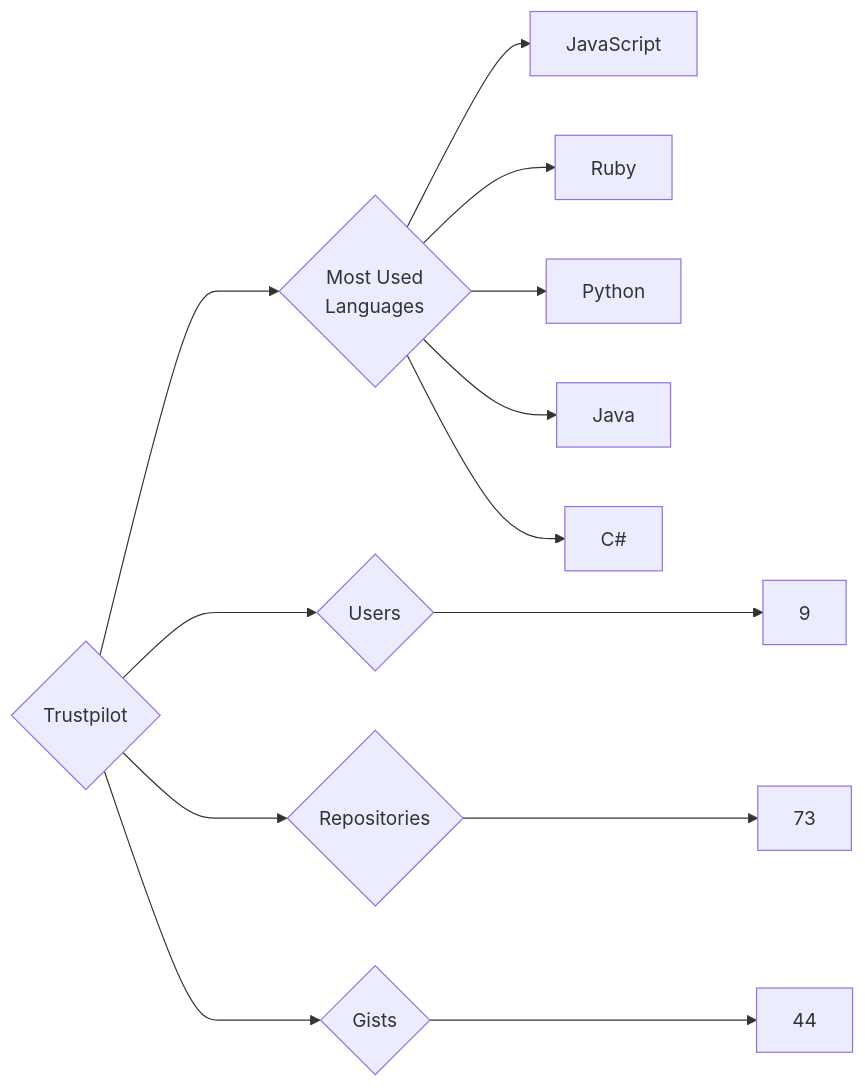
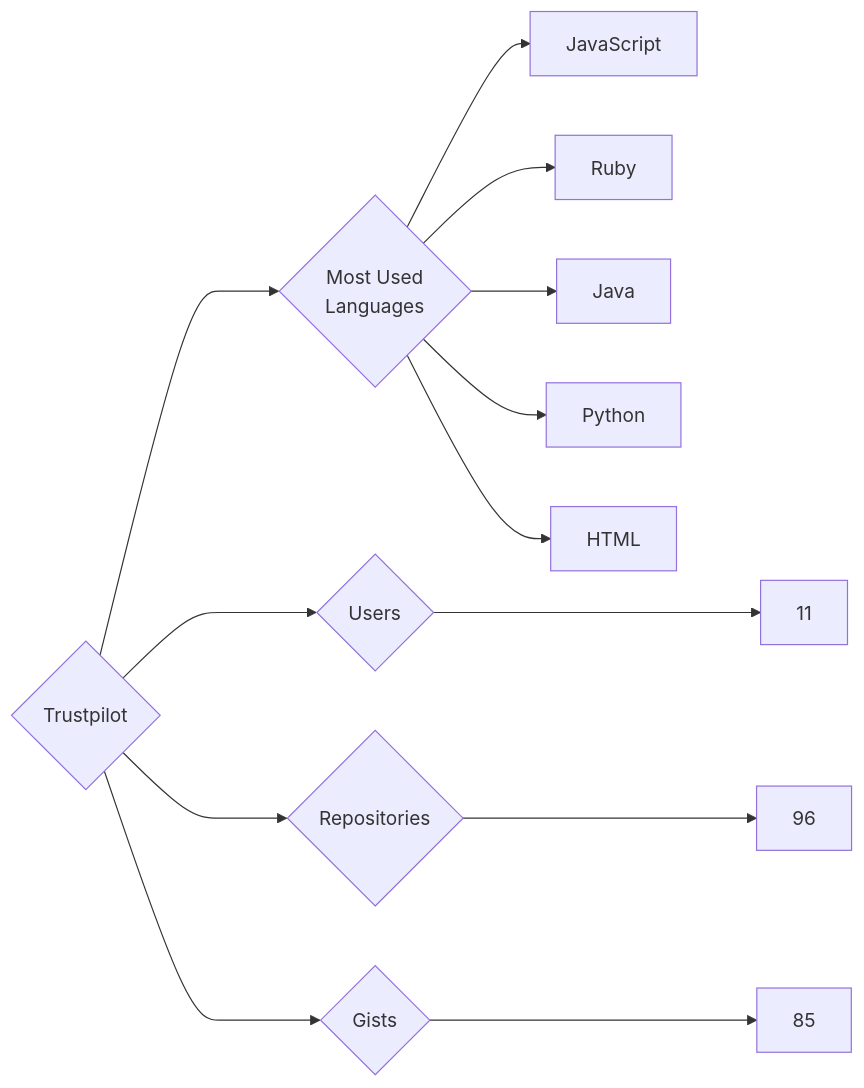
One commit to trickest/insiders changed the diagram in targets/Trustpilot/README.md. Above: the diagram before and after it, drawn with Mermaid. The commit also changed 839 other files, not shown here.

````diff
--- a/targets/Trustpilot/README.md
+++ b/targets/Trustpilot/README.md
@@ -3,13 +3,13 @@
 ```mermaid
 graph LR
 COMPANY_NAME{Trustpilot}
-COMPANY_NAME ---> U{Users} ---> UN[9]
-COMPANY_NAME ---> R{Repositories} ---> RN[73]
-COMPANY_NAME ---> G{Gists} ---> GN[44]
+COMPANY_NAME ---> U{Users} ---> UN[11]
+COMPANY_NAME ---> R{Repositories} ---> RN[96]
+COMPANY_NAME ---> G{Gists} ---> GN[85]
 COMPANY_NAME ---> ML{Most Used<br>Languages}
 ML --> JavaScript[JavaScript]
 ML --> Ruby[Ruby]
+ML --> Java[Java]
 ML --> Python[Python]
-ML --> Java[Java]
-ML --> C#[C#]
+ML --> HTML[HTML]
 ```
````
